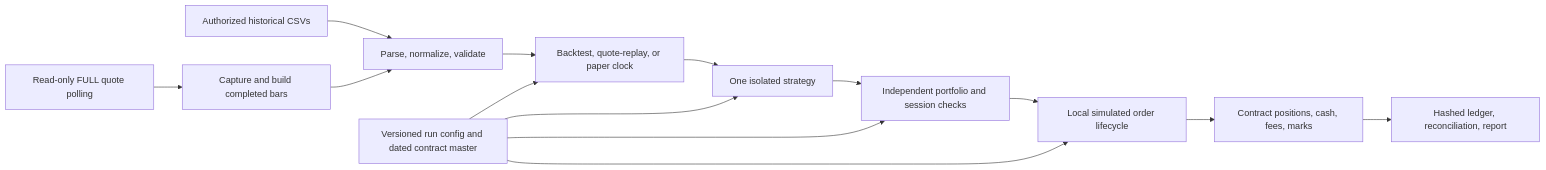
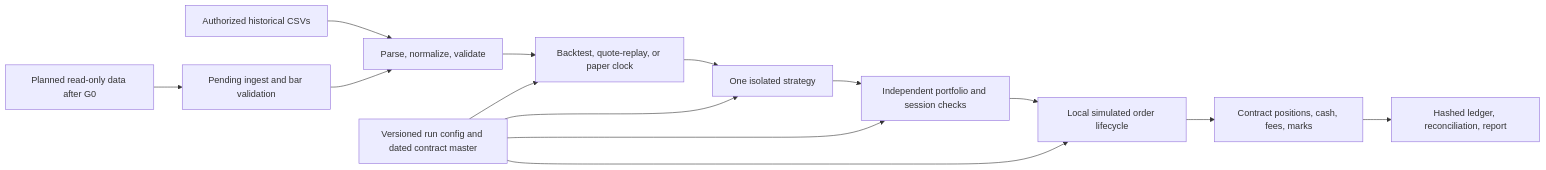
One commit to Mscient/Intra changed the diagram in research/systems/NIFTY-INTRADAY-PAPER-SYSTEM-DESIGN.md. Above: the diagram before and after it, drawn with Mermaid. The commit also changed other lines of this file and 314 other files, not shown here.

````diff
--- a/research/systems/NIFTY-INTRADAY-PAPER-SYSTEM-DESIGN.md
+++ b/research/systems/NIFTY-INTRADAY-PAPER-SYSTEM-DESIGN.md
@@ -48,16 +48,16 @@
 ```mermaid
 flowchart LR
     HIST[Authorized historical CSVs] --> VALID[Parse, normalize, validate]
-    API[Read-only FULL quote polling] --> CAP[Capture and build completed bars]
+    API[Planned read-only data after G0] --> CAP[Pending ingest and bar validation]
     CAP --> VALID
     VALID --> CLOCK[Backtest, quote-replay, or paper clock]
     CLOCK --> SIGNAL[One isolated strategy]
     SIGNAL --> RISK[Independent portfolio and session checks]
     RISK --> SIM[Local simulated order lifecycle]
     SIM --> BOOK[Contract positions, cash, fees, marks]
     BOOK --> REPORT[Hashed ledger, reconciliation, report]
     CONFIG[Versioned run config and dated contract master] --> CLOCK
     CONFIG --> SIGNAL
     CONFIG --> RISK
     CONFIG --> SIM
 ```
````
